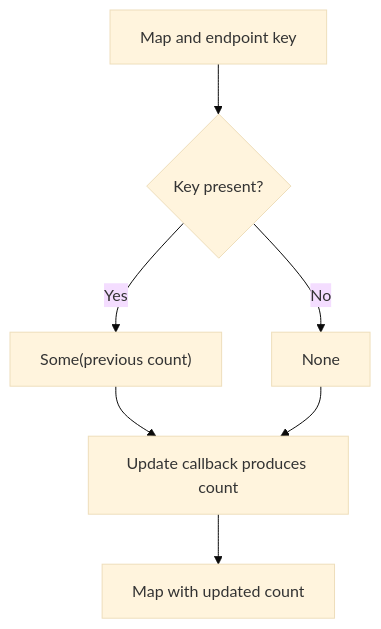
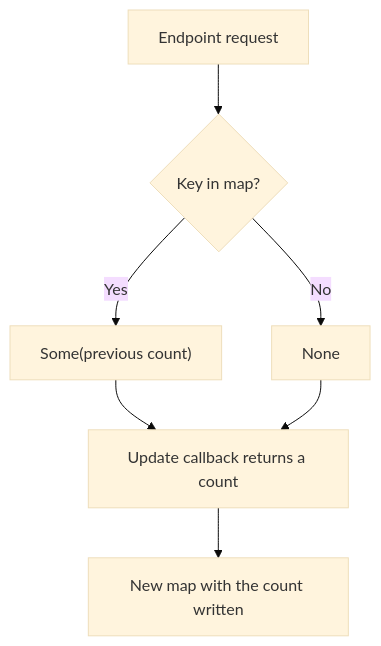
The diagram in docs/src/content/docs/guides/dict.md (pplnd/core), drawn with Mermaid (base theme) before and after one commit. The commit also changed other lines of this file and 63 other files, not shown here.

````diff
--- a/docs/src/content/docs/guides/dict.md
+++ b/docs/src/content/docs/guides/dict.md
@@ -28,9 +41,9 @@
 ```mermaid
 flowchart TD
-  Input["Map and endpoint key"] --> Found{"Key present?"}
-  Found -->|Yes| Some["Some(previous count)"]
-  Found -->|No| None["None"]
-  Some --> Update["Update callback produces count"]
+  Request["Endpoint request"] --> Present{"Key in map?"}
+  Present -->|Yes| Some["Some(previous count)"]
+  Present -->|No| None["None"]
+  Some --> Update["Update callback returns a count"]
   None --> Update
-  Update --> Output["Map with updated count"]
+  Update --> Written["New map with the count written"]
 ```
````
